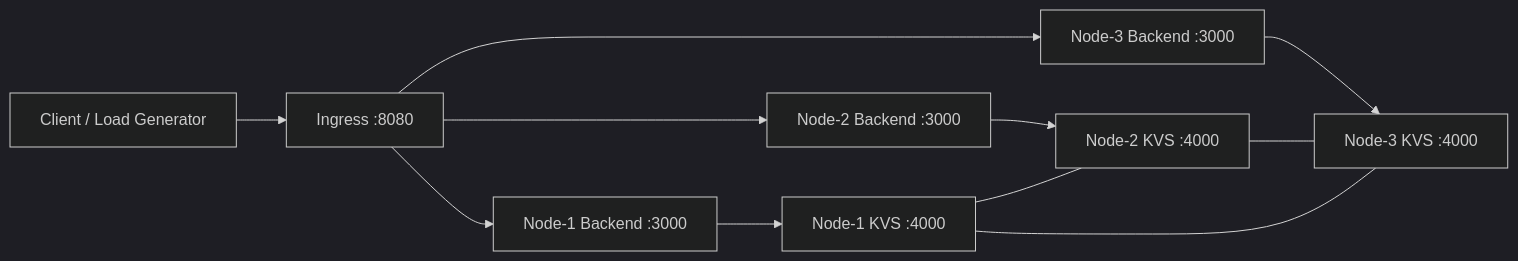
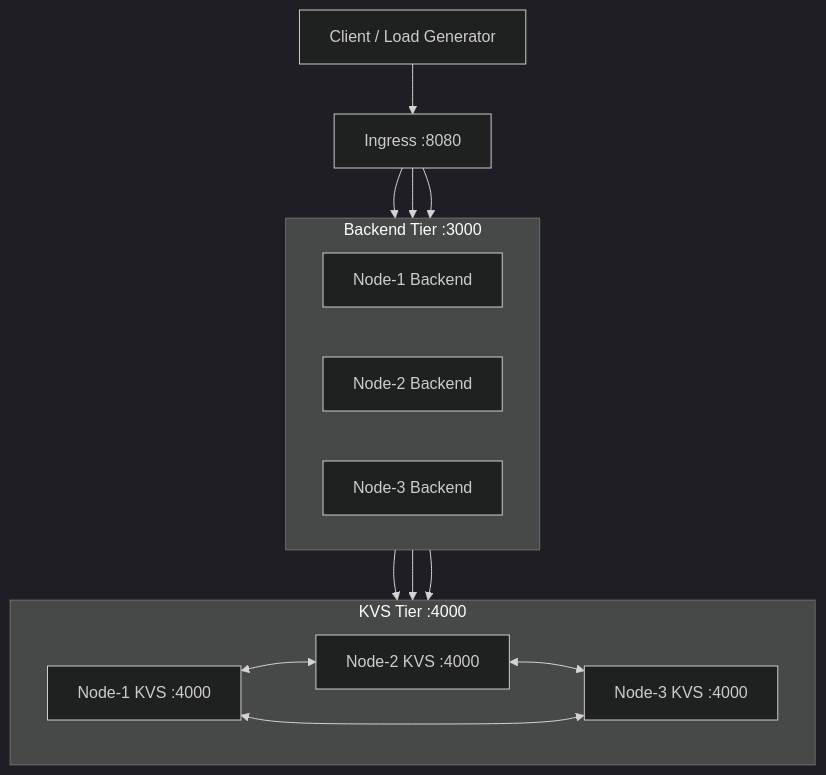
Before and after one commit to Boo-seon-woong/2025-winter-clustering-project: the diagram in readme.md, drawn with Mermaid (dark theme). The commit also changed 1 other file, not shown here.

Commit message:
diagram changed

````diff
--- a/readme.md
+++ b/readme.md
@@ -26,13 +26,28 @@
 ```mermaid
-flowchart LR
+flowchart TB
   C[Client / Load Generator] --> I[Ingress :8080]
-  I --> B1[Node-1 Backend :3000]
-  I --> B2[Node-2 Backend :3000]
-  I --> B3[Node-3 Backend :3000]
-  B1 --> K1[Node-1 KVS :4000]
-  B2 --> K2[Node-2 KVS :4000]
-  B3 --> K3[Node-3 KVS :4000]
-  K1 --- K2
-  K2 --- K3
-  K3 --- K1
+
+  subgraph BT[Backend Tier :3000]
+    direction LR
+    B1[Node-1 Backend]
+    B2[Node-2 Backend]
+    B3[Node-3 Backend]
+  end
+
+  subgraph KT[KVS Tier :4000]
+    direction LR
+    K1[Node-1 KVS :4000]
+    K2[Node-2 KVS :4000]
+    K3[Node-3 KVS :4000]
+  end
+
+  I --> B1
+  I --> B2
+  I --> B3
+  B1 --> K1
+  B2 --> K2
+  B3 --> K3
+  K1 <--> K2
+  K2 <--> K3
+  K3 <--> K1
 ```
````
